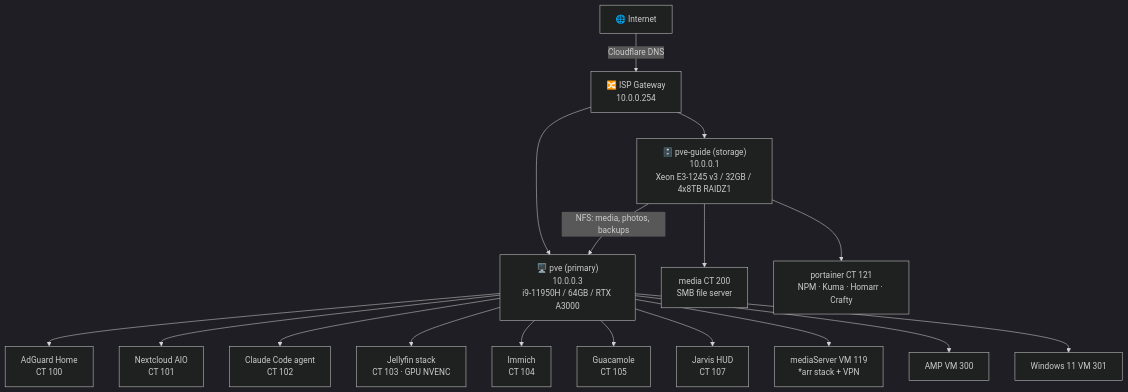
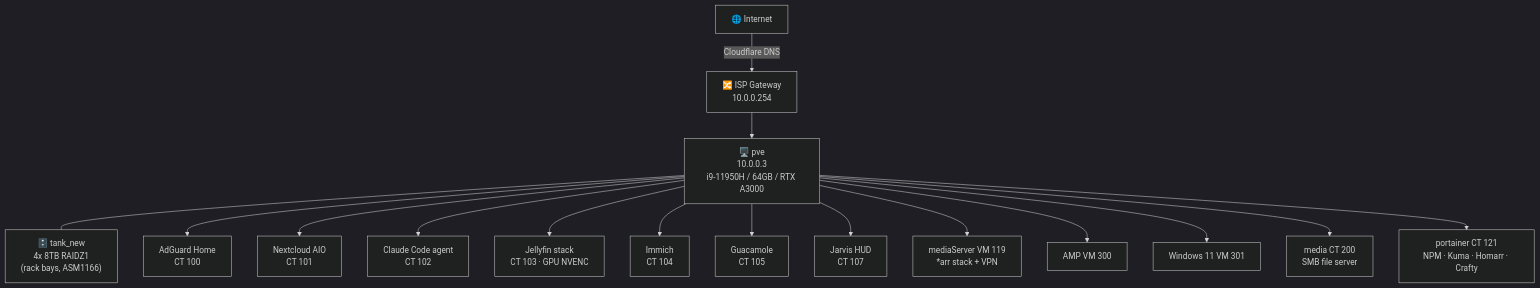
The diagram in docs/index.md (taylordbowers/homelab), drawn with Mermaid (dark theme) before and after one commit. The commit also changed other lines of this file and 25 other files, not shown here.

First line of the commit message:
Single-node layout: array moved into pve, pve-guide retired

````diff
--- a/docs/index.md
+++ b/docs/index.md
@@ -10,21 +10,20 @@
 ```mermaid
 graph TD
     Internet["🌐 Internet"] -->|Cloudflare DNS| Router["🔀 ISP Gateway\n10.0.0.254"]
-    Router --> PVE["🖥️ pve (primary)\n10.0.0.3\ni9-11950H / 64GB / RTX A3000"]
-    Router --> GUIDE["🗄️ pve-guide (storage)\n10.0.0.1\nXeon E3-1245 v3 / 32GB / 4x8TB RAIDZ1"]
+    Router --> PVE["🖥️ pve\n10.0.0.3\ni9-11950H / 64GB / RTX A3000"]
+    PVE --- TANK["🗄️ tank_new\n4x 8TB RAIDZ1\n(rack bays, ASM1166)"]
 
     PVE --> AG["AdGuard Home\nCT 100"]
     PVE --> NC["Nextcloud AIO\nCT 101"]
     PVE --> CLAUDE["Claude Code agent\nCT 102"]
     PVE --> JF["Jellyfin stack\nCT 103 · GPU NVENC"]
     PVE --> IM["Immich\nCT 104"]
     PVE --> GUAC["Guacamole\nCT 105"]
     PVE --> JAR["Jarvis HUD\nCT 107"]
     PVE --> ARR["mediaServer VM 119\n*arr stack + VPN"]
     PVE --> AMP["AMP VM 300"]
     PVE --> WIN["Windows 11 VM 301"]
 
-    GUIDE --> MEDIA["media CT 200\nSMB file server"]
-    GUIDE --> PORT["portainer CT 121\nNPM · Kuma · Homarr · Crafty"]
-    GUIDE -->|NFS: media, photos, backups| PVE
+    PVE --> MEDIA["media CT 200\nSMB file server"]
+    PVE --> PORT["portainer CT 121\nNPM · Kuma · Homarr · Crafty"]
 ```
````
